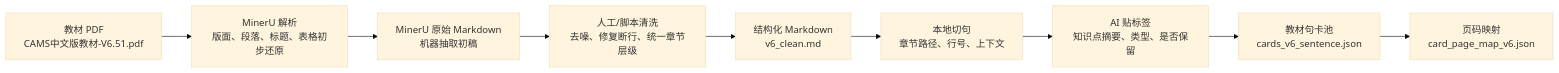
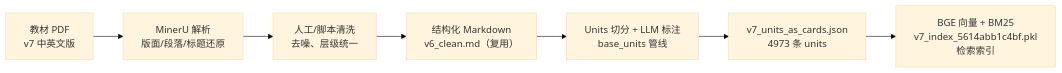
One commit to zk631315411-oss/cams changed the first of 4 diagrams in 技术路线总图.md. Above: the diagram before and after it, drawn with Mermaid (base theme). The commit also changed other lines of this file, not shown here.

First line of the commit message:
docs: 技术路线总图 v6 → v7 全面更新

````diff
--- a/技术路线总图.md
+++ b/技术路线总图.md
@@ -9,11 +17,9 @@
 ```mermaid
 flowchart LR
-  A["教材 PDF\nCAMS中文版教材-V6.51.pdf"] --> B["MinerU 解析\n版面、段落、标题、表格初步还原"]
-  B --> C["MinerU 原始 Markdown\n机器抽取初稿"]
-  C --> D["人工/脚本清洗\n去噪、修复断行、统一章节层级"]
-  D --> E["结构化 Markdown\nv6_clean.md"]
-  E --> F["本地切句\n章节路径、行号、上下文"]
-  F --> G["AI 贴标签\n知识点摘要、类型、是否保留"]
-  G --> H["教材句卡池\ncards_v6_sentence.json"]
-  H --> I["页码映射\ncard_page_map_v6.json"]
+  A["教材 PDF\nv7 中英文版"] --> B["MinerU 解析\n版面/段落/标题还原"]
+  B --> C["人工/脚本清洗\n去噪、层级统一"]
+  C --> D["结构化 Markdown\nv6_clean.md（复用）"]
+  D --> E["Units 切分 + LLM 标注\nbase_units 管线"]
+  E --> F["v7_units_as_cards.json\n4973 条 units"]
+  F --> G["BGE 向量 + BM25\nv7_index_5614abb1c4bf.pkl\n检索索引"]
 ```
````
